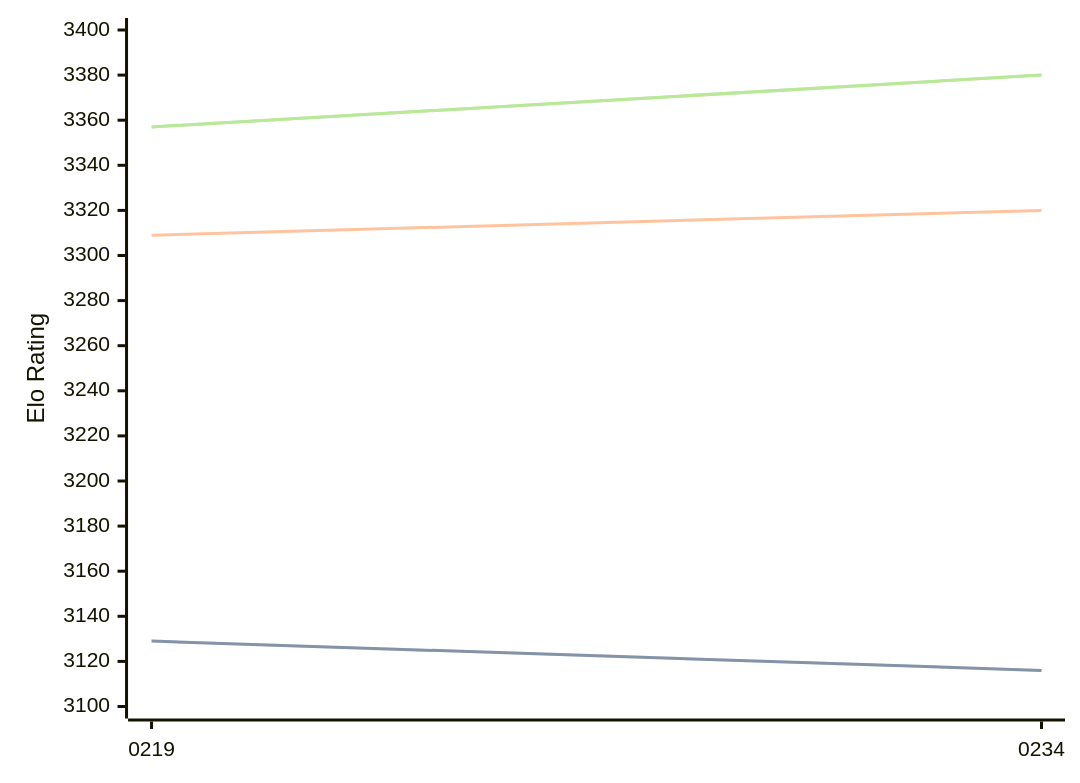
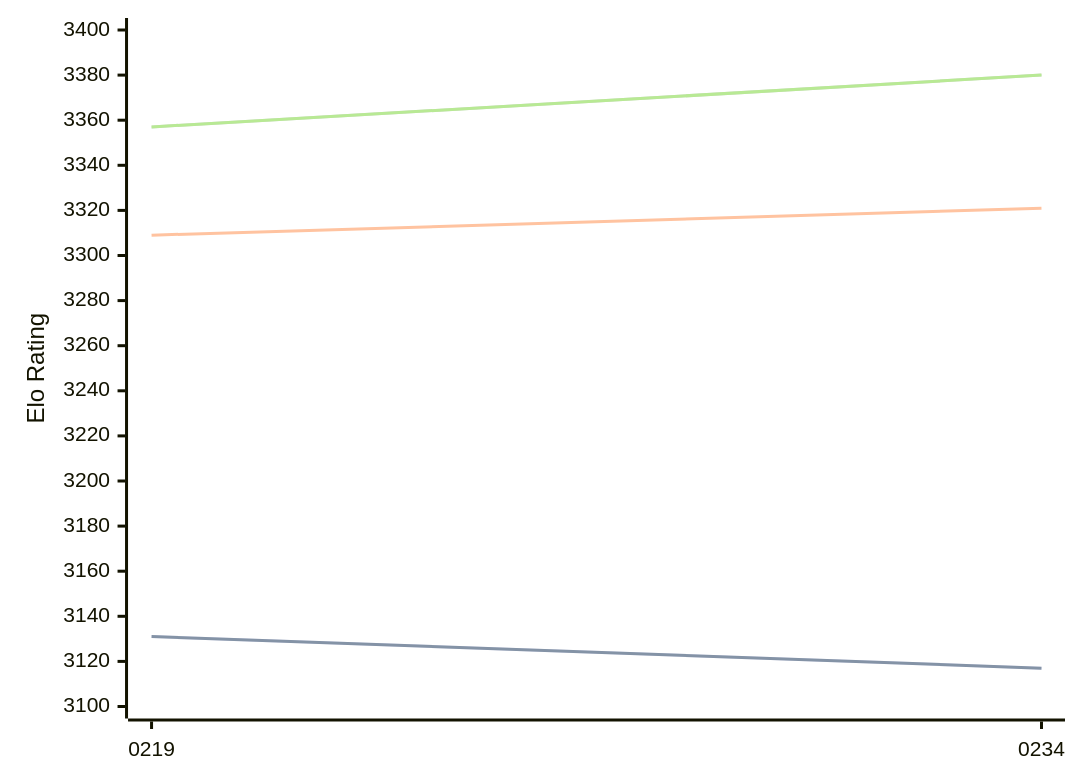
One commit to computer-chess-index/cci changed the first of 3 diagrams in engines/Ynode.md. Above: the diagram before and after it, drawn with Mermaid. The commit also changed other lines of this file, not shown here.

````diff
--- a/engines/Ynode.md
+++ b/engines/Ynode.md
@@ -39,11 +39,11 @@
 ```mermaid
 %%{init: {"theme":"base","themeVariables":{"seriesColors:['#a3a3a3','#222221','#faa371']}}}%%
 xychart-beta
   x-axis ["0219", "0234"]
   y-axis "Elo Rating" 3100 --> 3400
-  line "STC (8.0+0.08s)" [3129, 3116]
-  line "STC (8.0+0.08s)" [3129, 3116]
-  line "LTC (60.0+0.60s)" [3309, 3320]
+  line "STC (8.0+0.08s)" [3131, 3117]
+  line "STC (8.0+0.08s)" [3131, 3117]
+  line "LTC (60.0+0.60s)" [3309, 3321]
   line "VLTC (2m24s+1.12s)" [3357, 3380]
   line "VLTC (2m24s+1.12s)" [3357, 3380]
 ```
````
